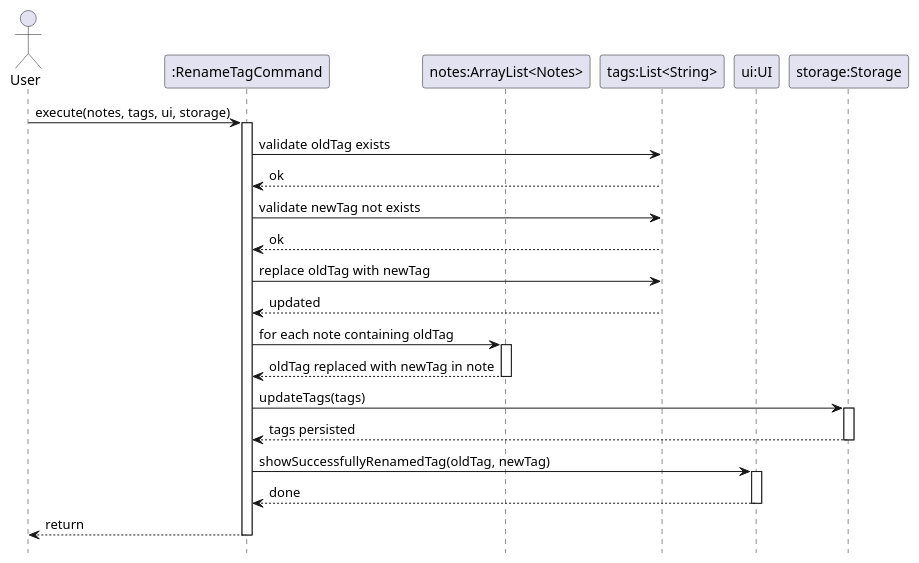
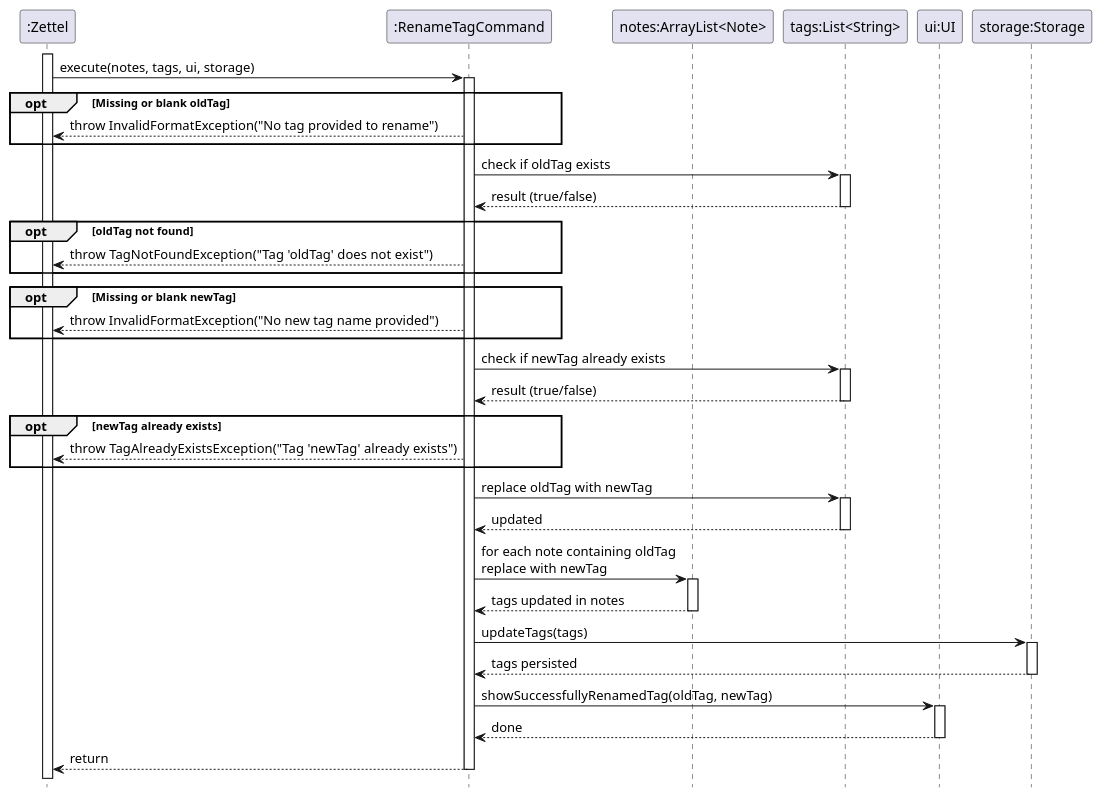
Before and after one commit to shauntsr/tp: the diagram in docs/diagrams/RenameTagSequence.puml, drawn with PlantUML. The commit also changed 11 other files, not shown here.

Commit message:
Update diagrams according to review

```diff
--- a/docs/diagrams/RenameTagSequence.puml
+++ b/docs/diagrams/RenameTagSequence.puml
@@ -1,40 +1,68 @@
 @startuml RenameTagSequence
-actor User
+participant ":Zettel" as Zettel
 participant ":RenameTagCommand" as Command
-participant "notes:ArrayList<Notes>" as Notes
+participant "notes:ArrayList<Note>" as Notes
 participant "tags:List<String>" as Tags
 participant "ui:UI" as UI
 participant "storage:Storage" as Storage
 
 hide footbox
+activate Zettel
 
-User -> Command: execute(notes, tags, ui, storage)
+Zettel -> Command: execute(notes, tags, ui, storage)
 activate Command
 
-Command -> Tags: validate oldTag exists
-Tags --> Command: ok
+' === Validation Phase ===
+opt Missing or blank oldTag
+    Command --> Zettel: throw InvalidFormatException("No tag provided to rename")
+end
 
-Command -> Tags: validate newTag not exists
-Tags --> Command: ok
+Command -> Tags: check if oldTag exists
+activate Tags
+Tags --> Command: result (true/false)
+deactivate Tags
 
+opt oldTag not found
+    Command --> Zettel: throw TagNotFoundException("Tag 'oldTag' does not exist")
+end
+
+opt Missing or blank newTag
+    Command --> Zettel: throw InvalidFormatException("No new tag name provided")
+end
+
+Command -> Tags: check if newTag already exists
+activate Tags
+Tags --> Command: result (true/false)
+deactivate Tags
+
+opt newTag already exists
+    Command --> Zettel: throw TagAlreadyExistsException("Tag 'newTag' already exists")
+end
+
+' === Rename Phase ===
 Command -> Tags: replace oldTag with newTag
+activate Tags
 Tags --> Command: updated
+deactivate Tags
 
-Command -> Notes: for each note containing oldTag
+' === Update Notes ===
+Command -> Notes: for each note containing oldTag\nreplace with newTag
 activate Notes
-Notes --> Command: oldTag replaced with newTag in note
+Notes --> Command: tags updated in notes
 deactivate Notes
 
+' === Persist Changes ===
 Command -> Storage: updateTags(tags)
 activate Storage
 Storage --> Command: tags persisted
 deactivate Storage
 
+' === UI Feedback ===
 Command -> UI: showSuccessfullyRenamedTag(oldTag, newTag)
 activate UI
 UI --> Command: done
 deactivate UI
 
-Command --> User: return
+Command --> Zettel: return
 deactivate Command
 @enduml
```
